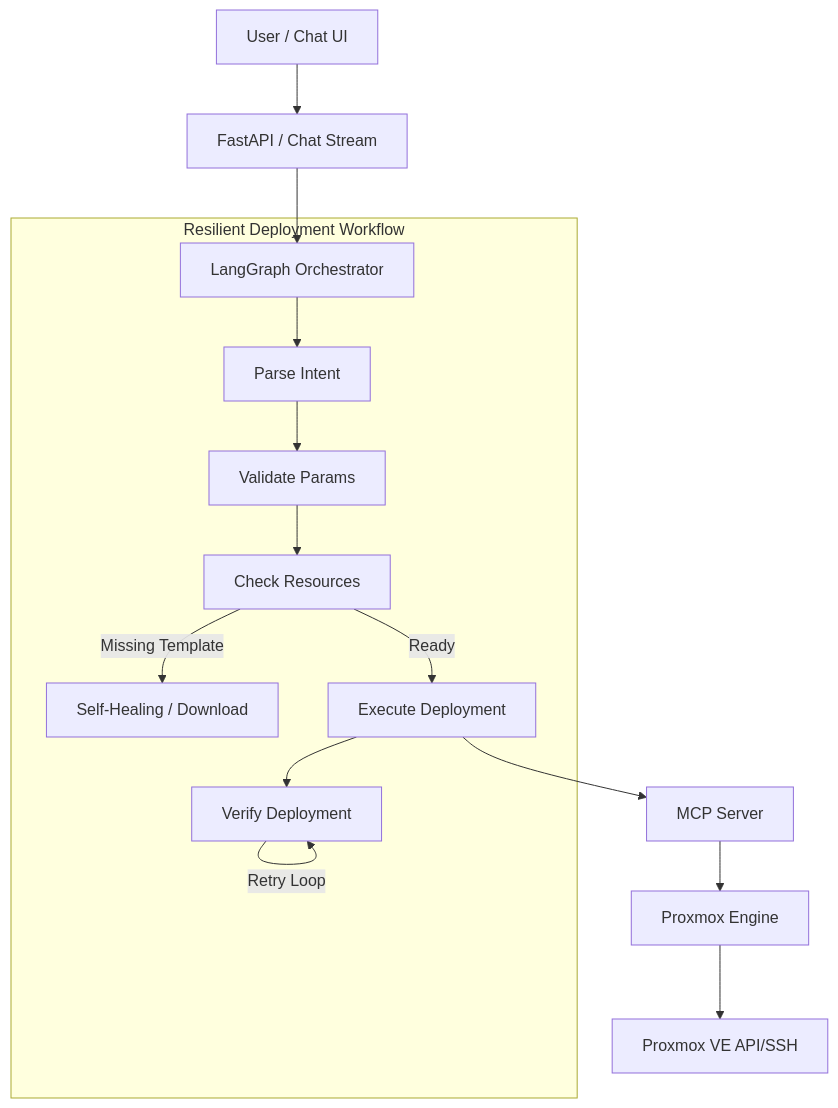
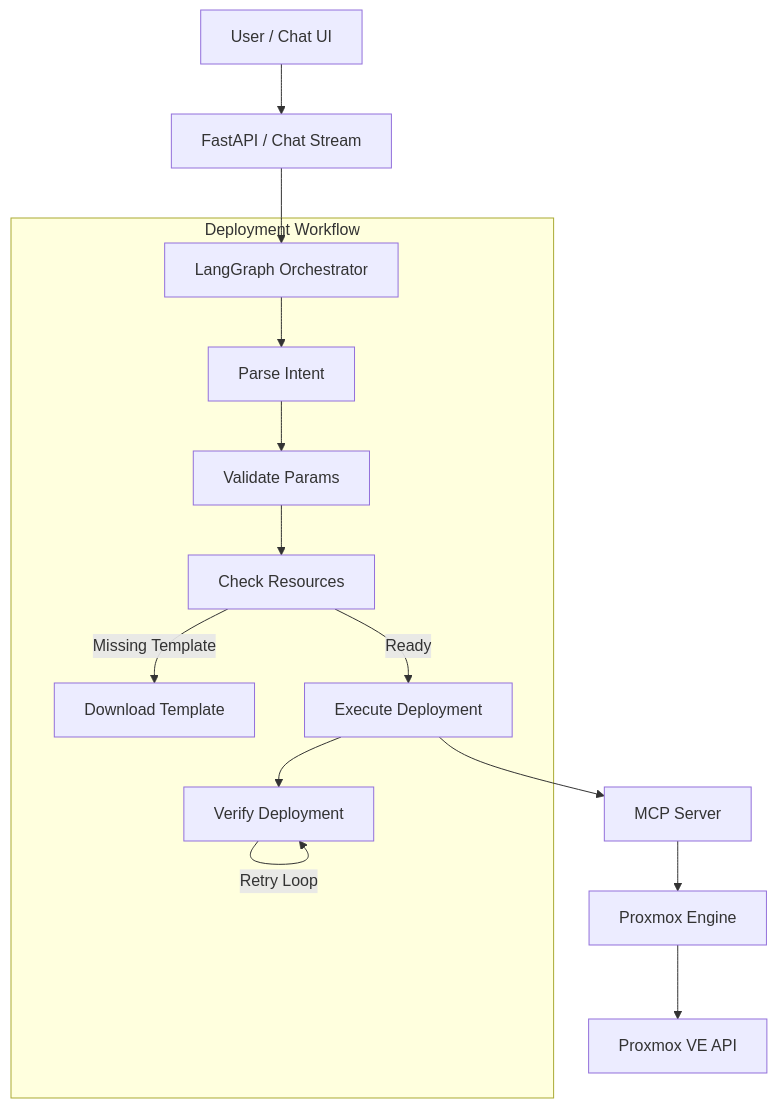
The diagram in README.md (fabriziosalmi/alma), drawn with Mermaid before and after one commit. The commit also changed other lines of this file and 3 other files, not shown here.

````diff
--- a/README.md
+++ b/README.md
@@ -35,19 +34,19 @@
 ```mermaid
 graph TD
     User[User / Chat UI] --> API[FastAPI / Chat Stream]
     API --> Graph[LangGraph Orchestrator]
     
-    subgraph Workflow [Resilient Deployment Workflow]
+    subgraph Workflow [Deployment Workflow]
         Graph --> Parse[Parse Intent]
         Parse --> Validate[Validate Params]
         Validate --> Check[Check Resources]
-        Check -- Missing Template --> Heal[Self-Healing / Download]
+        Check -- Missing Template --> Heal[Download Template]
         Check -- Ready --> Exec[Execute Deployment]
         Exec --> Verify[Verify Deployment]
         Verify -- Retry Loop --> Verify
     end
 
     Exec --> MCP[MCP Server]
     MCP --> Engine[Proxmox Engine]
-    Engine --> Proxmox[Proxmox VE API/SSH]
+    Engine --> Proxmox[Proxmox VE API]
 ```
````
